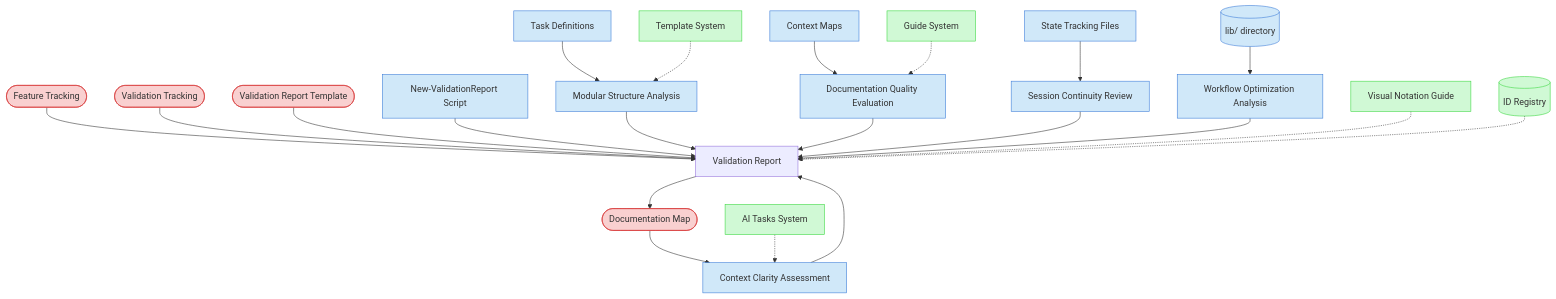
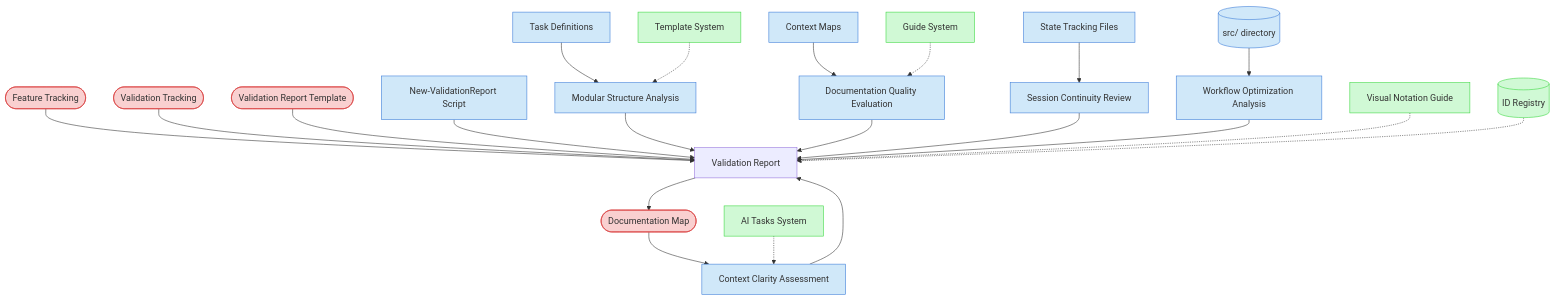
The diagram in process-framework/visualization/context-maps/05-validation/ai-agent-continuity-validation-map.md (Abtomation/LinkWatcher), drawn with Mermaid before and after one commit. The commit also changed other lines of this file and 457 other files, not shown here.

````diff
--- a/process-framework/visualization/context-maps/05-validation/ai-agent-continuity-validation-map.md
+++ b/process-framework/visualization/context-maps/05-validation/ai-agent-continuity-validation-map.md
@@ -19,34 +17,34 @@
 ```mermaid
 graph TD
     classDef critical fill:#f9d0d0,stroke:#d83a3a
     classDef important fill:#d0e8f9,stroke:#3a7bd8
     classDef reference fill:#d0f9d5,stroke:#3ad83f
 
     FT([Feature Tracking]) --> VR[Validation Report]
     FVT([Validation Tracking]) --> VR
     VRT([Validation Report Template]) --> VR
     DM([Documentation Map]) --> CCA[Context Clarity Assessment]
 
     TASKS[Task Definitions] --> MSA[Modular Structure Analysis]
     CMAPS[Context Maps] --> DQE[Documentation Quality Evaluation]
     STATE[State Tracking Files] --> SCR[Session Continuity Review]
-    LIB[(lib/ directory)] --> WOA[Workflow Optimization Analysis]
+    LIB[(src/ directory)] --> WOA[Workflow Optimization Analysis]
     NVRS[New-ValidationReport Script] --> VR
 
     CCA --> VR
     MSA --> VR
     DQE --> VR
     SCR --> VR
     WOA --> VR
     VR --> DM
 
     AITASKS[AI Tasks System] -.-> CCA
     TEMPLATES[Template System] -.-> MSA
     GUIDES[Guide System] -.-> DQE
     VNG[Visual Notation Guide] -.-> VR
     IDR[(ID Registry)] -.-> VR
 
     class FT,FVT,VRT,DM critical
     class TASKS,CMAPS,STATE,LIB,NVRS,CCA,MSA,DQE,SCR,WOA important
     class AITASKS,TEMPLATES,GUIDES,VNG,IDR reference
 ```
````
